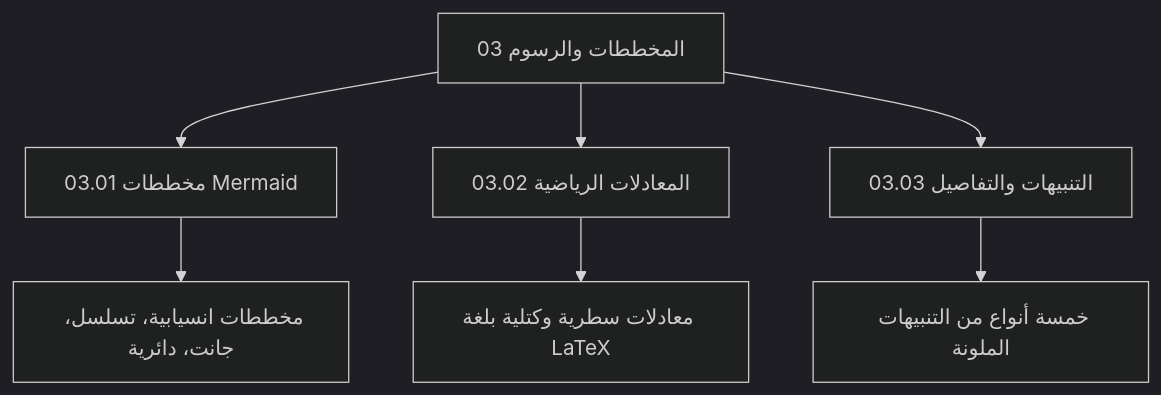
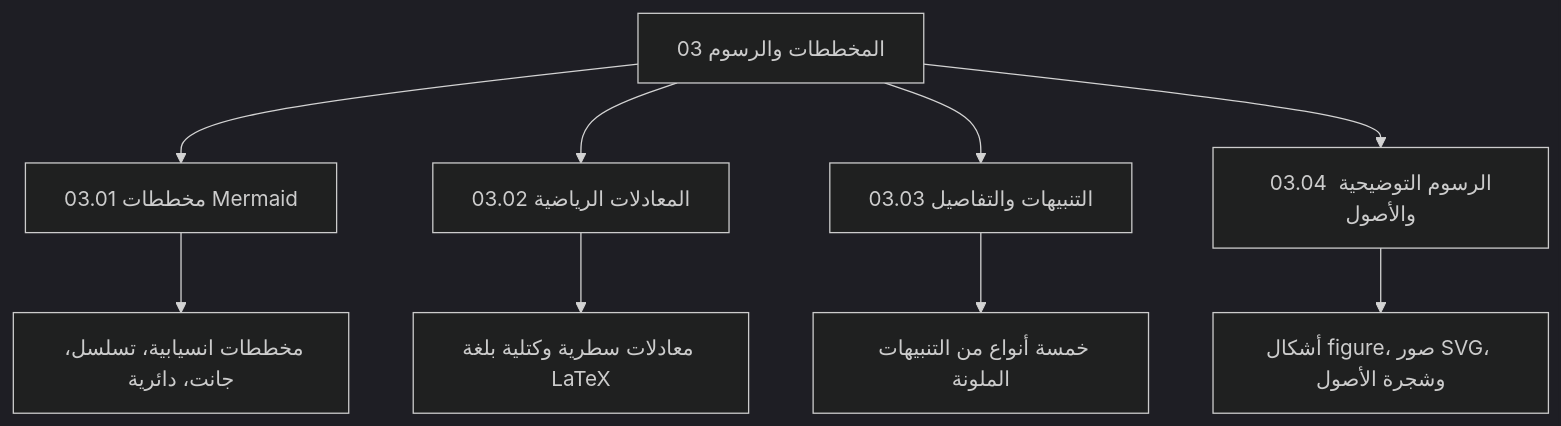
Before and after one commit to fakhruldeen/book: the diagram in 03_visuals.md, drawn with Mermaid (dark theme). The commit also changed other lines of this file and 71 other files, not shown here.

````diff
--- a/03_visuals.md
+++ b/03_visuals.md
@@ -20,10 +20,12 @@
 ```mermaid
 flowchart TD
     Visuals["03 المخططات والرسوم"] --> M["03.01 مخططات Mermaid"]
     Visuals --> Math["03.02 المعادلات الرياضية"]
     Visuals --> Call["03.03 التنبيهات والتفاصيل"]
+    Visuals --> Fig["03.04 الرسوم التوضيحية والأصول"]
     
     M --> M1["مخططات انسيابية، تسلسل، جانت، دائرية"]
     Math --> Math1["معادلات سطرية وكتلية بلغة LaTeX"]
     Call --> Call1["خمسة أنواع من التنبيهات الملونة"]
+    Fig --> Fig1["أشكال figure، صور SVG، وشجرة الأصول"]
 ```
````
